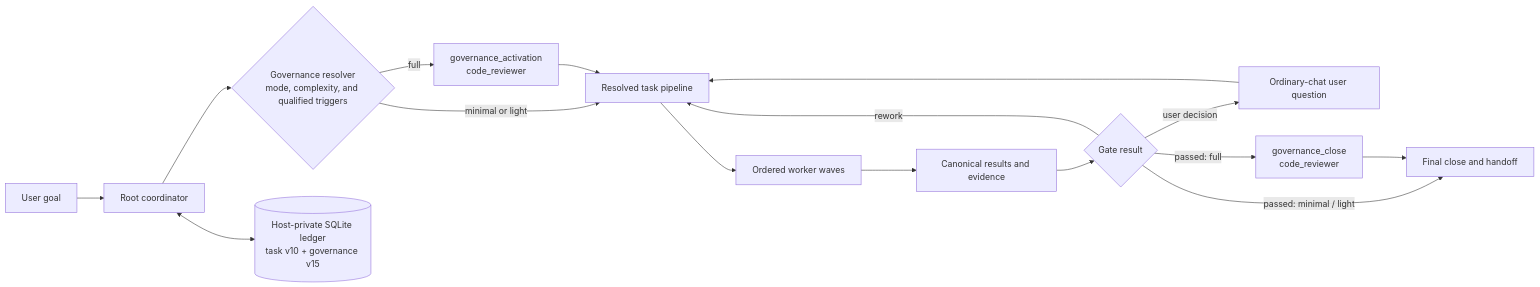
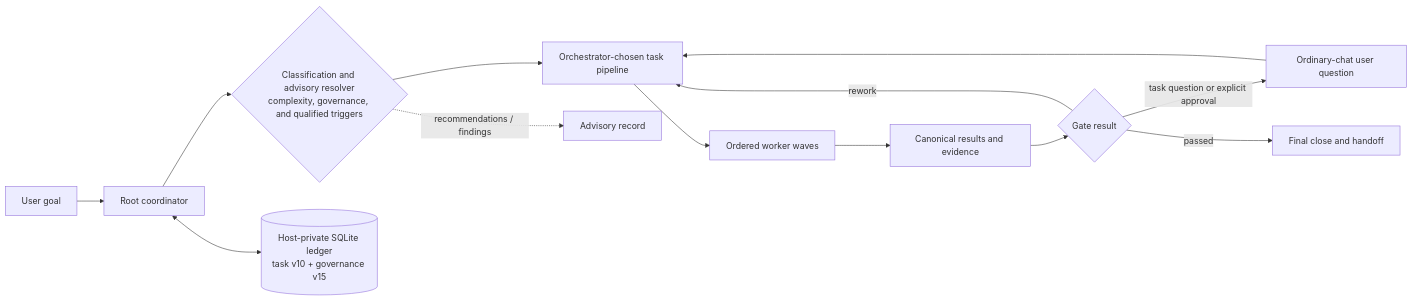
Before and after one commit to igovet/codex-cortex-orchestrator: the diagram in README.md, drawn with Mermaid. The commit also changed other lines of this file, not shown here.

Commit message:
Clarify advisory governance and automatic recovery behavior

````diff
--- a/README.md
+++ b/README.md
@@ -583,21 +583,18 @@
 ```mermaid
 flowchart LR
     U["User goal"] --> R["Root coordinator"]
-    R --> M{"Governance resolver<br/>mode, complexity, and qualified triggers"}
+    R --> M{"Classification and advisory resolver<br/>complexity, governance, and qualified triggers"}
 
-    M -- "minimal or light" --> P["Resolved task pipeline"]
-    M -- "full" --> GA["governance_activation<br/>code_reviewer"]
-    GA --> P
+    M --> P["Orchestrator-chosen task pipeline"]
+    M -. "recommendations / findings" .-> A["Advisory record"]
 
     P --> W["Ordered worker waves"]
     W --> B["Canonical results and evidence"]
     B --> G{"Gate result"}
     G -- "rework" --> P
-    G -- "user decision" --> Q["Ordinary-chat user question"]
+    G -- "task question or explicit approval" --> Q["Ordinary-chat user question"]
     Q --> P
-    G -- "passed: minimal / light" --> C["Final close and handoff"]
-    G -- "passed: full" --> GC["governance_close<br/>code_reviewer"]
-    GC --> C
+    G -- "passed" --> C["Final close and handoff"]
 
     R <--> L[("Host-private SQLite ledger<br/>task v10 + governance v15")]
 ```
````
